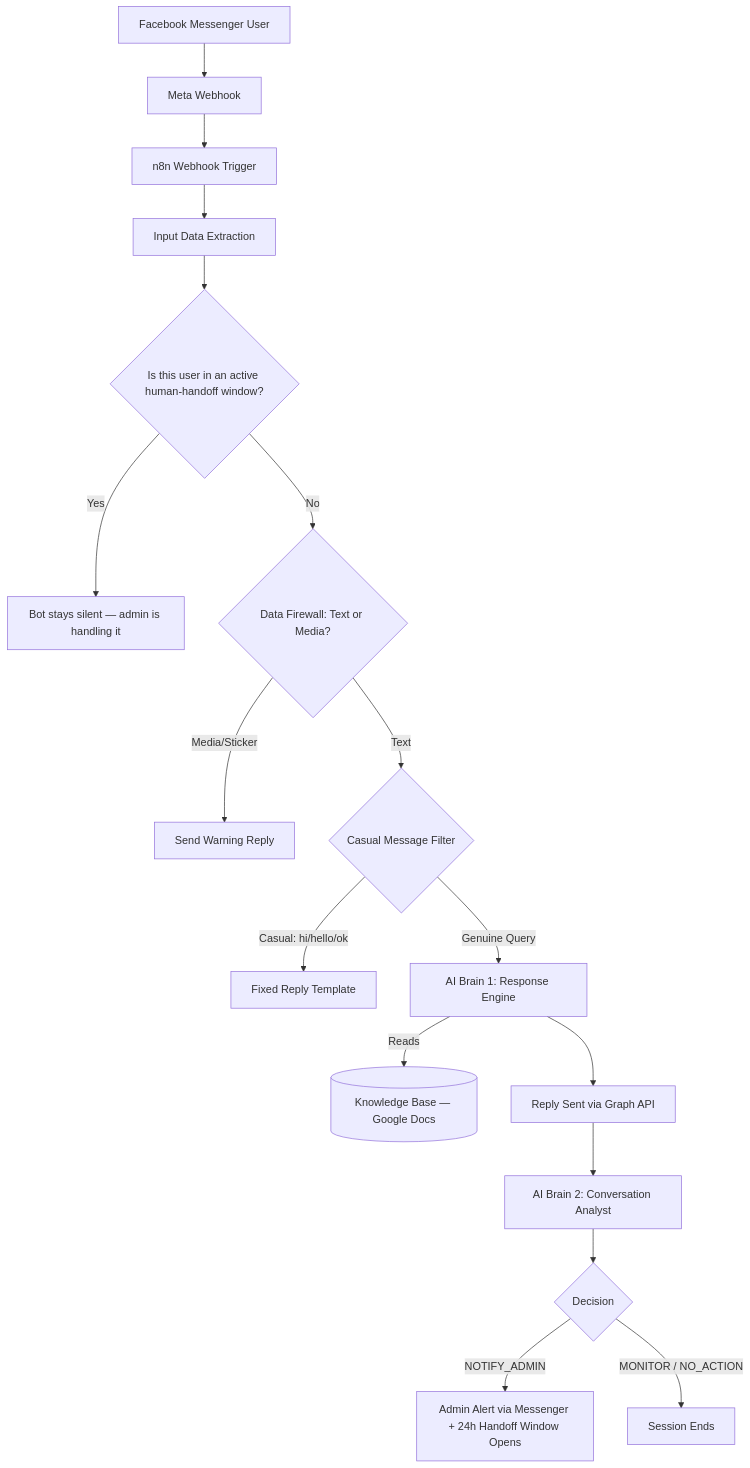
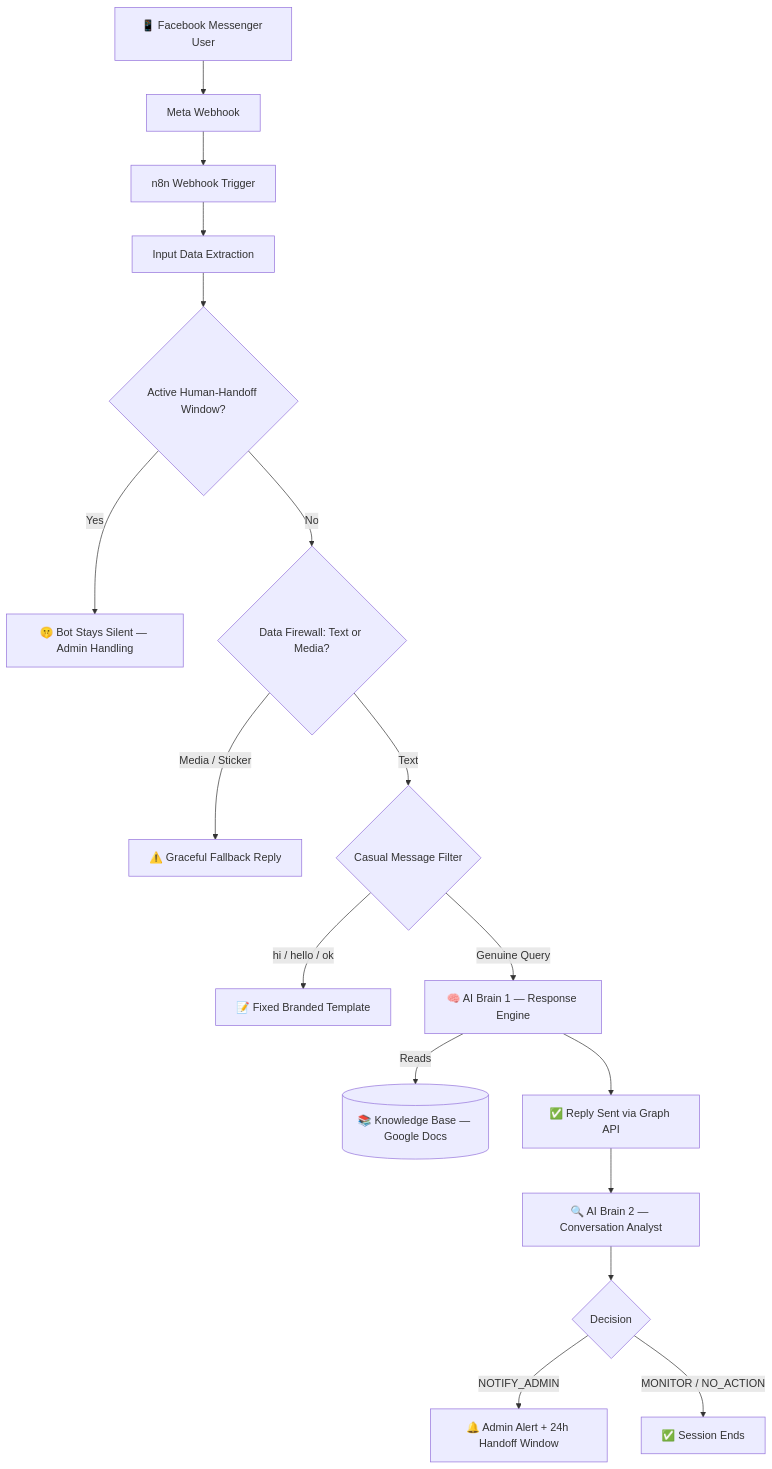
The diagram in README.md (muhammadantor/ai-facebook-messenger-bot-n8n), drawn with Mermaid before and after one commit. The commit also changed other lines of this file, not shown here.

````diff
--- a/README.md
+++ b/README.md
@@ -54,19 +78,19 @@
 ```mermaid
 flowchart TD
-    A[Facebook Messenger User] --> B[Meta Webhook]
+    A[📱 Facebook Messenger User] --> B[Meta Webhook]
     B --> C[n8n Webhook Trigger]
     C --> D[Input Data Extraction]
-    D --> E{Is this user in an active human-handoff window?}
-    E -->|Yes| P[Bot stays silent — admin is handling it]
+    D --> E{Active Human-Handoff Window?}
+    E -->|Yes| P[🤫 Bot Stays Silent — Admin Handling]
     E -->|No| F{Data Firewall: Text or Media?}
-    F -->|Media/Sticker| G[Send Warning Reply]
+    F -->|Media / Sticker| G[⚠️ Graceful Fallback Reply]
     F -->|Text| H{Casual Message Filter}
-    H -->|Casual: hi/hello/ok| I[Fixed Reply Template]
-    H -->|Genuine Query| J[AI Brain 1: Response Engine]
-    J -->|Reads| K[(Knowledge Base — Google Docs)]
-    J --> L[Reply Sent via Graph API]
-    L --> M[AI Brain 2: Conversation Analyst]
+    H -->|hi / hello / ok| I[📝 Fixed Branded Template]
+    H -->|Genuine Query| J[🧠 AI Brain 1 — Response Engine]
+    J -->|Reads| K[(📚 Knowledge Base — Google Docs)]
+    J --> L[✅ Reply Sent via Graph API]
+    L --> M[🔍 AI Brain 2 — Conversation Analyst]
     M --> N{Decision}
-    N -->|NOTIFY_ADMIN| O[Admin Alert via Messenger + 24h Handoff Window Opens]
-    N -->|MONITOR / NO_ACTION| Q[Session Ends]
+    N -->|NOTIFY_ADMIN| O[🔔 Admin Alert + 24h Handoff Window]
+    N -->|MONITOR / NO_ACTION| Q[✅ Session Ends]
 ```
````
